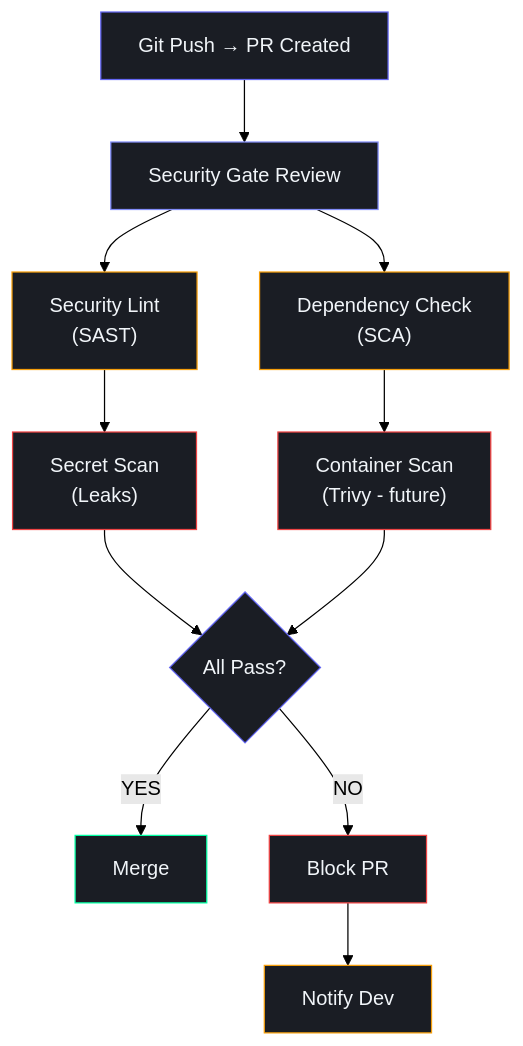
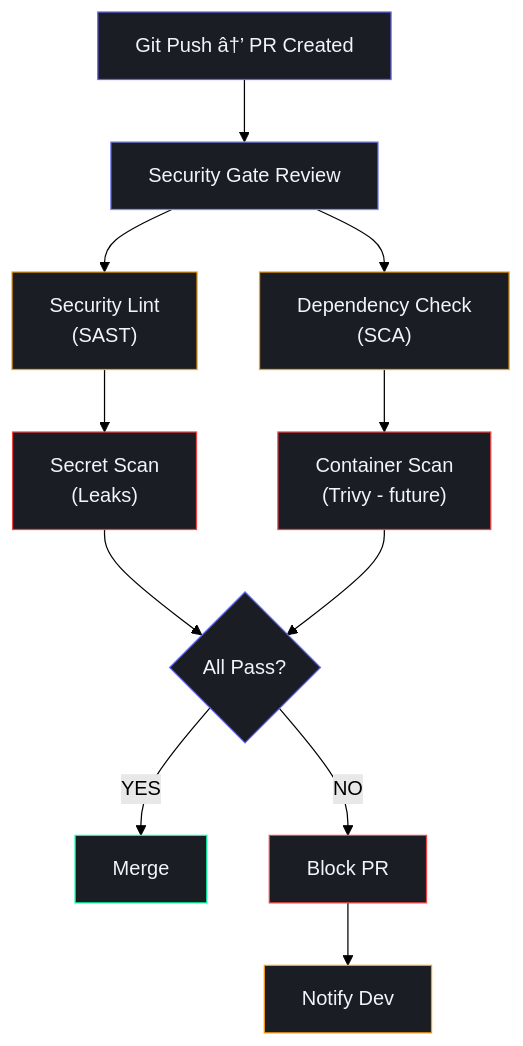
One commit to rohitkumarnaidu/ARIA-OS---SecondBrain- changed the ninth of 9 diagrams in docs/security/24_Security.md. Above: the diagram before and after it, drawn with Mermaid (forest theme). The commit also changed other lines of this file and 5 other files, not shown here.

````diff
--- a/docs/security/24_Security.md
+++ b/docs/security/24_Security.md
@@ -1611,33 +1611,33 @@
 ```mermaid
 flowchart TD
-    A["Git Push → PR Created"]
+    A["Git Push â†’ PR Created"]
     B["Security Gate Review"]
     C["Security Lint<br/>(SAST)"]
     D["Dependency Check<br/>(SCA)"]
     E["Secret Scan<br/>(Leaks)"]
     F["Container Scan<br/>(Trivy - future)"]
     G{"All Pass?"}
     H["Merge"]
     I["Block PR"]
     J["Notify Dev"]
 
     A --> B
     B --> C & D
     C --> E
     D --> F
     E & F --> G
     G -->|YES| H
     G -->|NO| I
     I --> J
 
     style A fill:#1A1D24,stroke:#6366F1,color:#F1F5F9
     style B fill:#1A1D24,stroke:#818CF8,color:#F1F5F9
     style C fill:#1A1D24,stroke:#F59E0B,color:#F1F5F9
     style D fill:#1A1D24,stroke:#F59E0B,color:#F1F5F9
     style E fill:#1A1D24,stroke:#EF4444,color:#F1F5F9
     style F fill:#1A1D24,stroke:#EF4444,color:#F1F5F9
     style G fill:#1A1D24,stroke:#6366F1,color:#F1F5F9
     style H fill:#1A1D24,stroke:#00FFA3,color:#F1F5F9
     style I fill:#1A1D24,stroke:#EF4444,color:#F1F5F9
     style J fill:#1A1D24,stroke:#F59E0B,color:#F1F5F9
 ```
````
